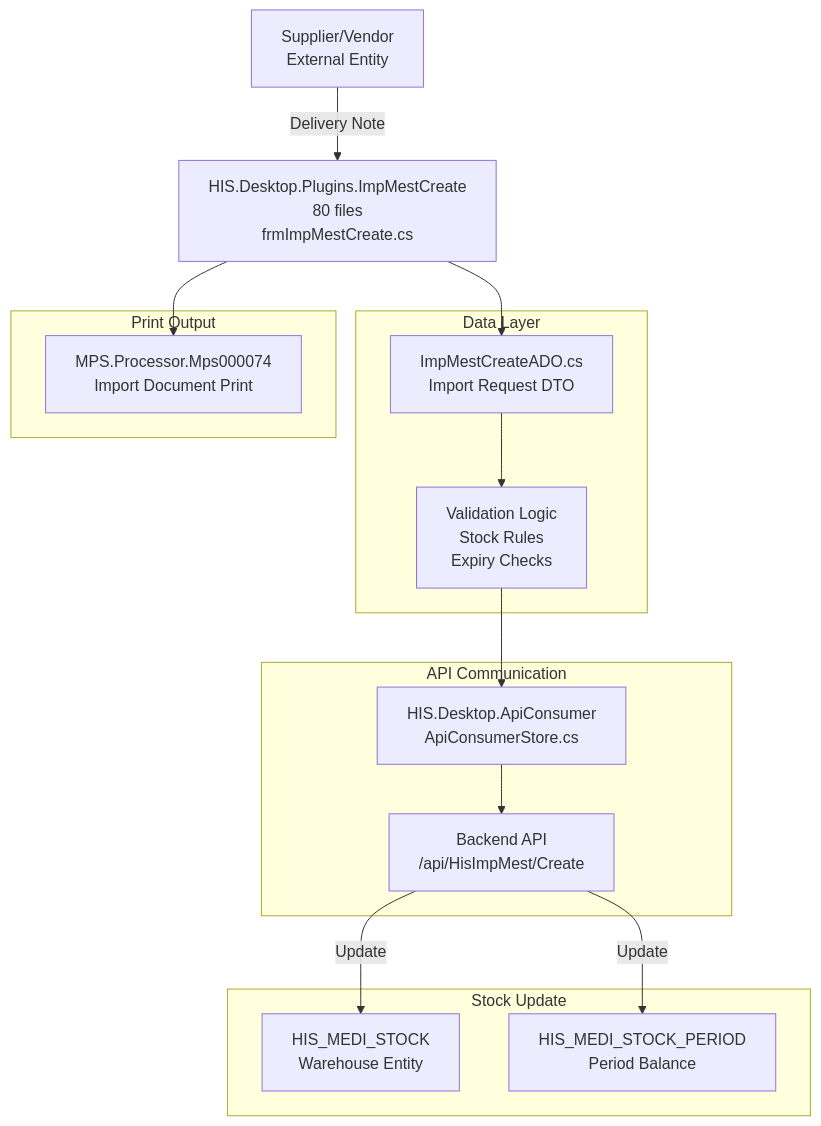
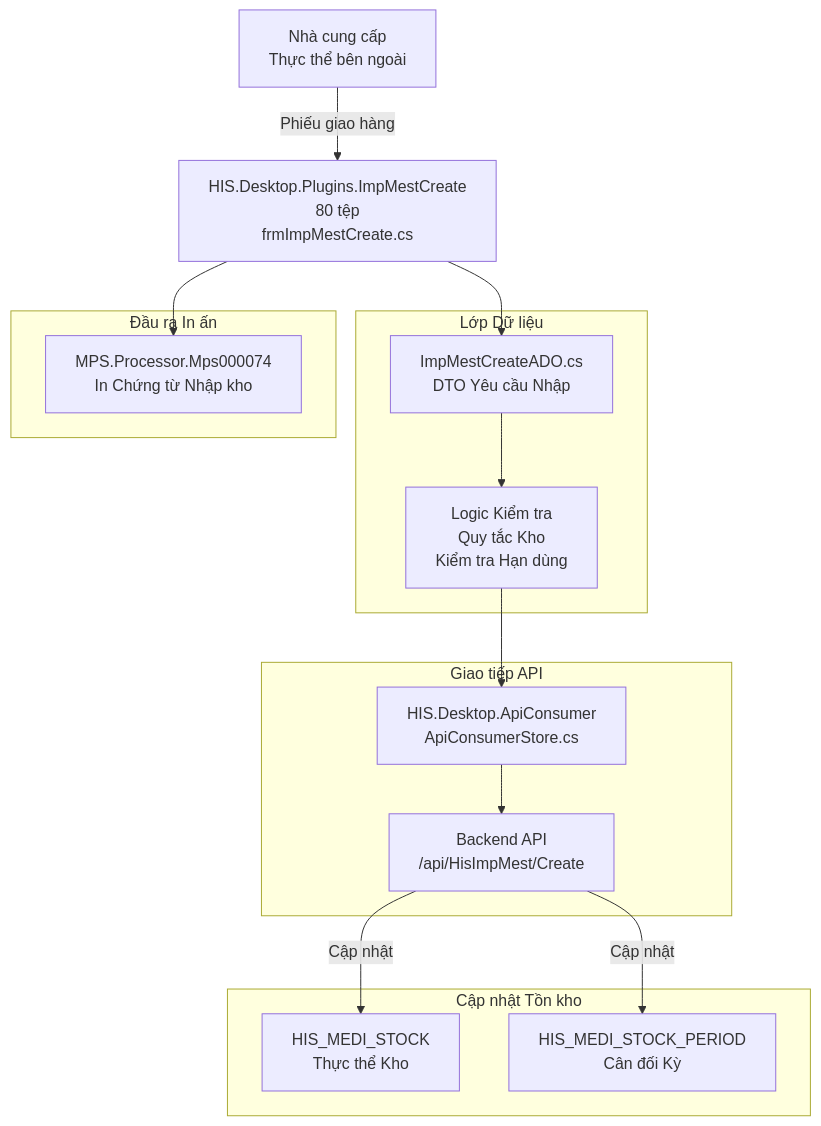
The third of 8 diagrams in docs/his-ba-documentation/03-business-domains/pharmacy/medicine-material.md (thangpnb/HIS), drawn with Mermaid before and after one commit. The commit also changed other lines of this file and 30 other files, not shown here.

Commit message:
Refactor architecture docs and update translations

````diff
--- a/docs/his-ba-documentation/03-business-domains/pharmacy/medicine-material.md
+++ b/docs/his-ba-documentation/03-business-domains/pharmacy/medicine-material.md
@@ -102,34 +102,34 @@
 ```mermaid
 graph TB
-    Supplier["Supplier/Vendor<br/>External Entity"]
+    Supplier["Nhà cung cấp<br/>Thực thể bên ngoài"]
     
-    CreatePlugin["HIS.Desktop.Plugins.ImpMestCreate<br/>80 files<br/>frmImpMestCreate.cs"]
+    CreatePlugin["HIS.Desktop.Plugins.ImpMestCreate<br/>80 tệp<br/>frmImpMestCreate.cs"]
     
-    subgraph "Data Layer"
-        ADO["ImpMestCreateADO.cs<br/>Import Request DTO"]
-        Validation["Validation Logic<br/>Stock Rules<br/>Expiry Checks"]
+    subgraph "Lớp Dữ liệu"
+        ADO["ImpMestCreateADO.cs<br/>DTO Yêu cầu Nhập"]
+        Validation["Logic Kiểm tra<br/>Quy tắc Kho<br/>Kiểm tra Hạn dùng"]
     end
     
-    subgraph "API Communication"
+    subgraph "Giao tiếp API"
         Consumer["HIS.Desktop.ApiConsumer<br/>ApiConsumerStore.cs"]
         Backend["Backend API<br/>/api/HisImpMest/Create"]
     end
     
-    subgraph "Stock Update"
-        MediStock["HIS_MEDI_STOCK<br/>Warehouse Entity"]
-        MediStockPeriod["HIS_MEDI_STOCK_PERIOD<br/>Period Balance"]
+    subgraph "Cập nhật Tồn kho"
+        MediStock["HIS_MEDI_STOCK<br/>Thực thể Kho"]
+        MediStockPeriod["HIS_MEDI_STOCK_PERIOD<br/>Cân đối Kỳ"]
     end
     
-    subgraph "Print Output"
-        MPS["MPS.Processor.Mps000074<br/>Import Document Print"]
+    subgraph "Đầu ra In ấn"
+        MPS["MPS.Processor.Mps000074<br/>In Chứng từ Nhập kho"]
     end
     
-    Supplier -->|"Delivery Note"| CreatePlugin
+    Supplier -->|"Phiếu giao hàng"| CreatePlugin
     CreatePlugin --> ADO
     ADO --> Validation
     Validation --> Consumer
     Consumer --> Backend
-    Backend -->|"Update"| MediStock
-    Backend -->|"Update"| MediStockPeriod
+    Backend -->|"Cập nhật"| MediStock
+    Backend -->|"Cập nhật"| MediStockPeriod
     CreatePlugin --> MPS
 ```
````
